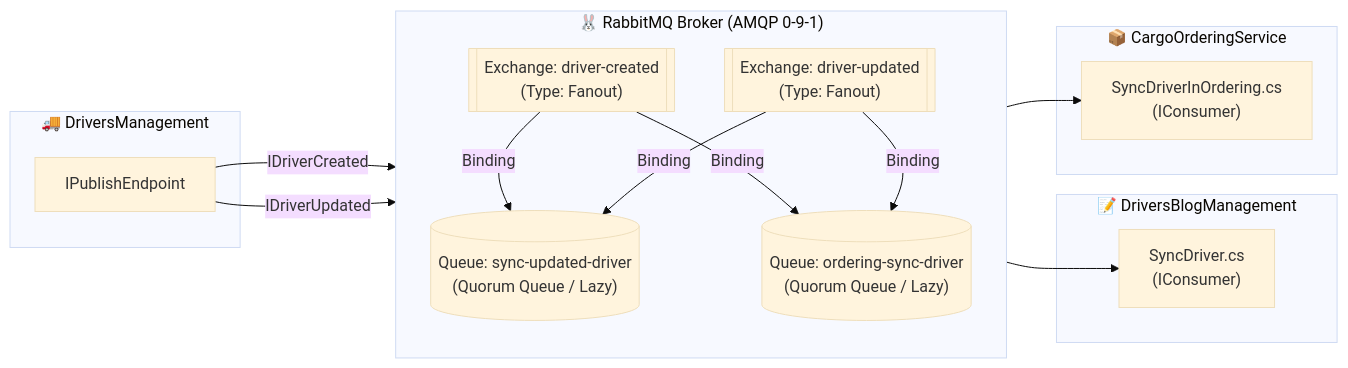
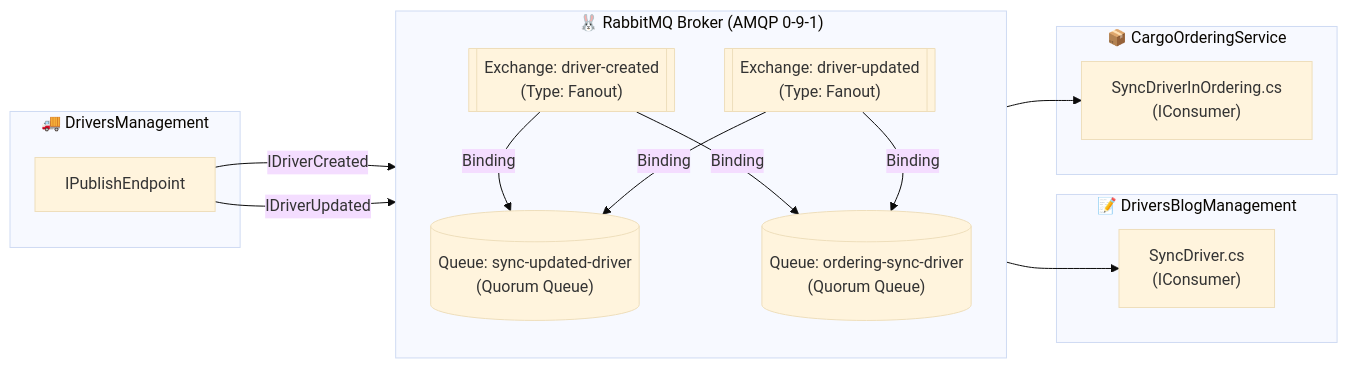
One commit to MrTomkaYurii/Demo-CargoDeliveryService changed the second of 5 diagrams in 02-Microservices-Craftsman/02-02-Communication-Documentation/04_Patterns_Asynchronous_Messaging_MassTransit_RabbitMQ.md. Above: the diagram before and after it, drawn with Mermaid (base theme). The commit also changed other lines of this file and 227 other files, not shown here.

````diff
--- a/02-Microservices-Craftsman/02-02-Communication-Documentation/04_Patterns_Asynchronous_Messaging_MassTransit_RabbitMQ.md
+++ b/02-Microservices-Craftsman/02-02-Communication-Documentation/04_Patterns_Asynchronous_Messaging_MassTransit_RabbitMQ.md
@@ -70,32 +79,32 @@
 ```mermaid
 flowchart LR
     subgraph Publisher["🚚 DriversManagement"]
         P["IPublishEndpoint"]
     end
 
     subgraph RabbitMQ["🐰 RabbitMQ Broker (AMQP 0-9-1)"]
         direction TB
         Ex1[["Exchange: driver-created<br/>(Type: Fanout)"]]
         Ex2[["Exchange: driver-updated<br/>(Type: Fanout)"]]
 
-        Q1[("Queue: sync-updated-driver<br/>(Quorum Queue / Lazy)")]
-        Q2[("Queue: ordering-sync-driver<br/>(Quorum Queue / Lazy)")]
+        Q1[("Queue: sync-updated-driver<br/>(Quorum Queue)")]
+        Q2[("Queue: ordering-sync-driver<br/>(Quorum Queue)")]
 
         Ex1 -->|Binding| Q1
         Ex2 -->|Binding| Q1
 
         Ex1 -->|Binding| Q2
         Ex2 -->|Binding| Q2
     end
 
     subgraph BlogConsumer["📝 DriversBlogManagement"]
         Q1 --> C1["SyncDriver.cs<br/>(IConsumer)"]
     end
 
     subgraph OrderingConsumer["📦 CargoOrderingService"]
         Q2 --> C2["SyncDriverInOrdering.cs<br/>(IConsumer)"]
     end
 
     P -->|IDriverCreated| Ex1
     P -->|IDriverUpdated| Ex2
 ```
````
